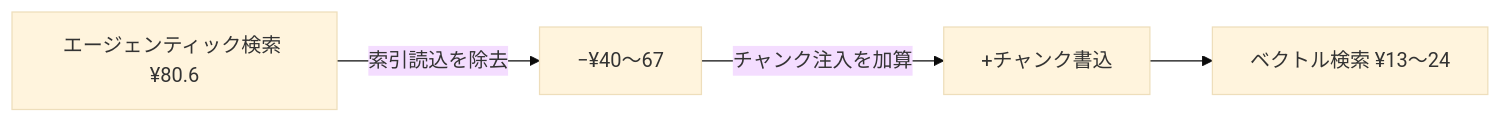
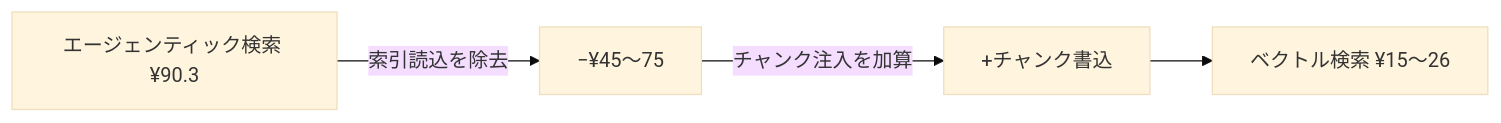
The fifth of 5 diagrams in docs/reports/cost-optimization-architecture.md (nablarch/nabledge-dev), drawn with Mermaid (base theme) before and after one commit. The commit also changed other lines of this file and 1 other file, not shown here.

````diff
--- a/docs/reports/cost-optimization-architecture.md
+++ b/docs/reports/cost-optimization-architecture.md
@@ -148,6 +148,6 @@
 ```mermaid
 flowchart LR
-    N[エージェンティック検索 ¥80.6] -->|索引読込を除去| D1[−¥40〜67]
+    N[エージェンティック検索 ¥90.3] -->|索引読込を除去| D1[−¥45〜75]
     D1 -->|チャンク注入を加算| D2[+チャンク書込]
-    D2 --> RAG[ベクトル検索 ¥13〜24]
+    D2 --> RAG[ベクトル検索 ¥15〜26]
 ```
````
